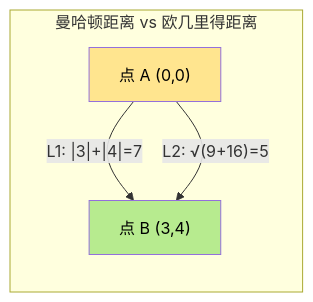
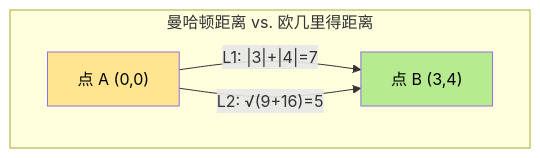
Before and after one commit to ThreeFish-AI/agentic-ai-cognizes: diagram 24 of 38 in docs/research/003-vector-search-algorithm.md, drawn with Mermaid. The commit also changed other lines of this file, not shown here.

````diff
--- a/docs/research/003-vector-search-algorithm.md
+++ b/docs/research/003-vector-search-algorithm.md
@@ -1777,10 +1787,10 @@
 ```mermaid
-graph LR
-    subgraph "曼哈顿距离 vs 欧几里得距离"
+graph TB
+    subgraph "曼哈顿距离 vs. 欧几里得距离"
         A["点 A (0,0)"] --> |"L1: |3|+|4|=7"| B["点 B (3,4)"]
         A --> |"L2: √(9+16)=5"| B
     end
 
     style A fill:#ffe58f,color:#000000
     style B fill:#b7eb8f,color:#000000
 ```
````
